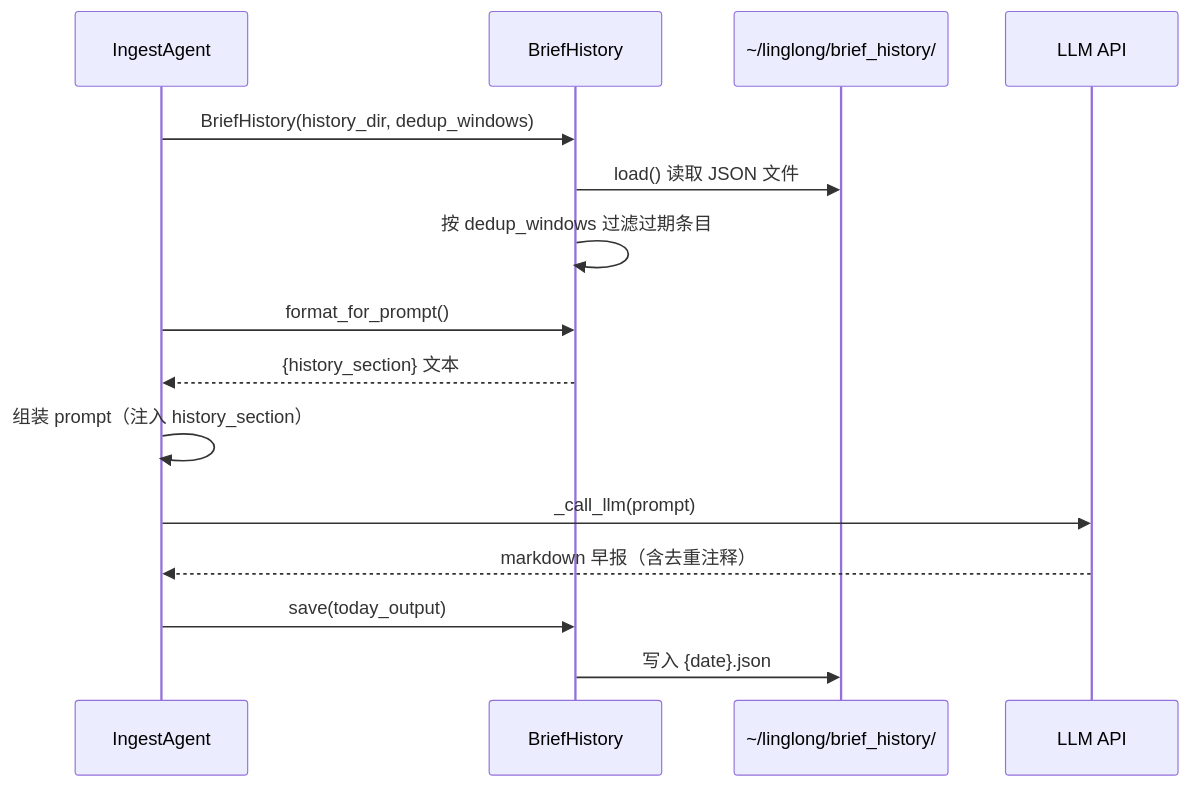
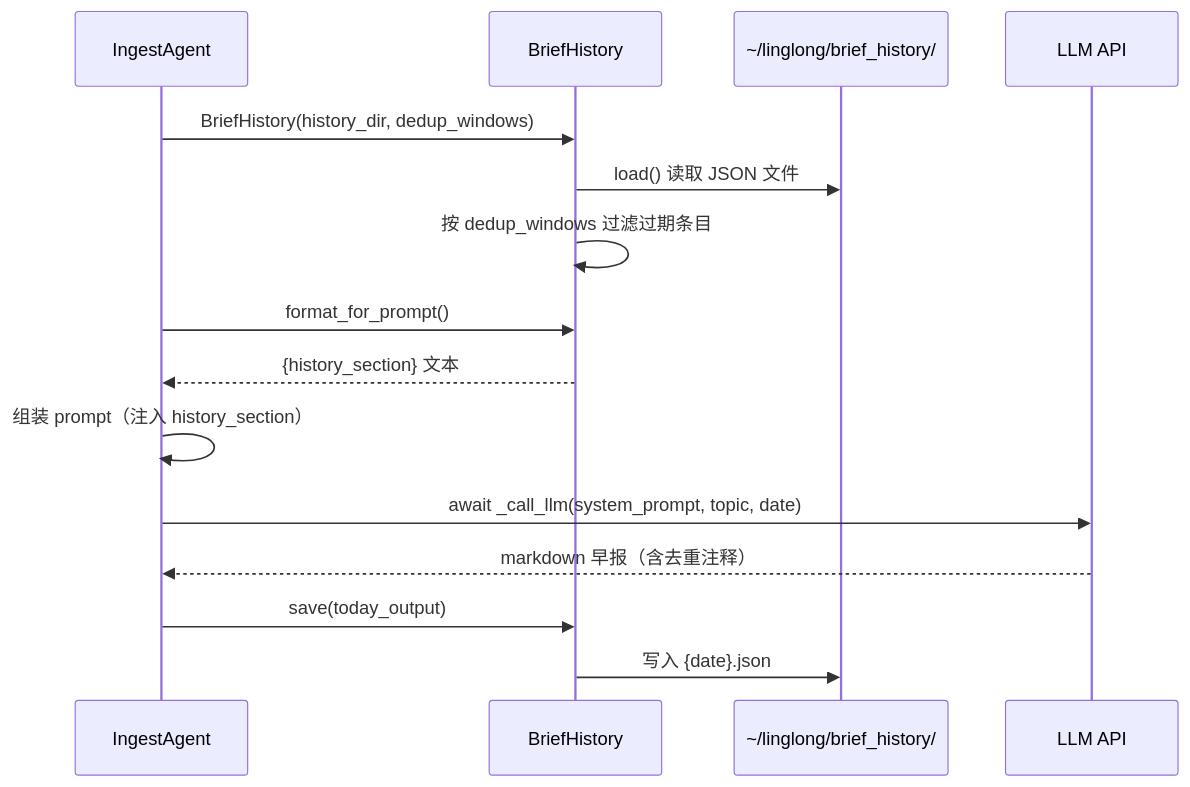
One commit to xinovate/linglong-scout changed the second of 2 diagrams in docs/design/03-dedup.md. Above: the diagram before and after it, drawn with Mermaid. The commit also changed 9 other files, not shown here.

````diff
--- a/docs/design/03-dedup.md
+++ b/docs/design/03-dedup.md
@@ -76,21 +76,21 @@
 ```mermaid
 sequenceDiagram
     participant Agent as IngestAgent
     participant BH as BriefHistory
     participant FS as ~/linglong/brief_history/
     participant LLM as LLM API
 
     Agent->>BH: BriefHistory(history_dir, dedup_windows)
     BH->>FS: load() 读取 JSON 文件
     BH->>BH: 按 dedup_windows 过滤过期条目
 
     Agent->>BH: format_for_prompt()
     BH-->>Agent: {history_section} 文本
 
     Agent->>Agent: 组装 prompt（注入 history_section）
-    Agent->>LLM: _call_llm(prompt)
+    Agent->>LLM: await _call_llm(system_prompt, topic, date)
     LLM-->>Agent: markdown 早报（含去重注释）
 
     Agent->>BH: save(today_output)
     BH->>FS: 写入 {date}.json
 ```
````
